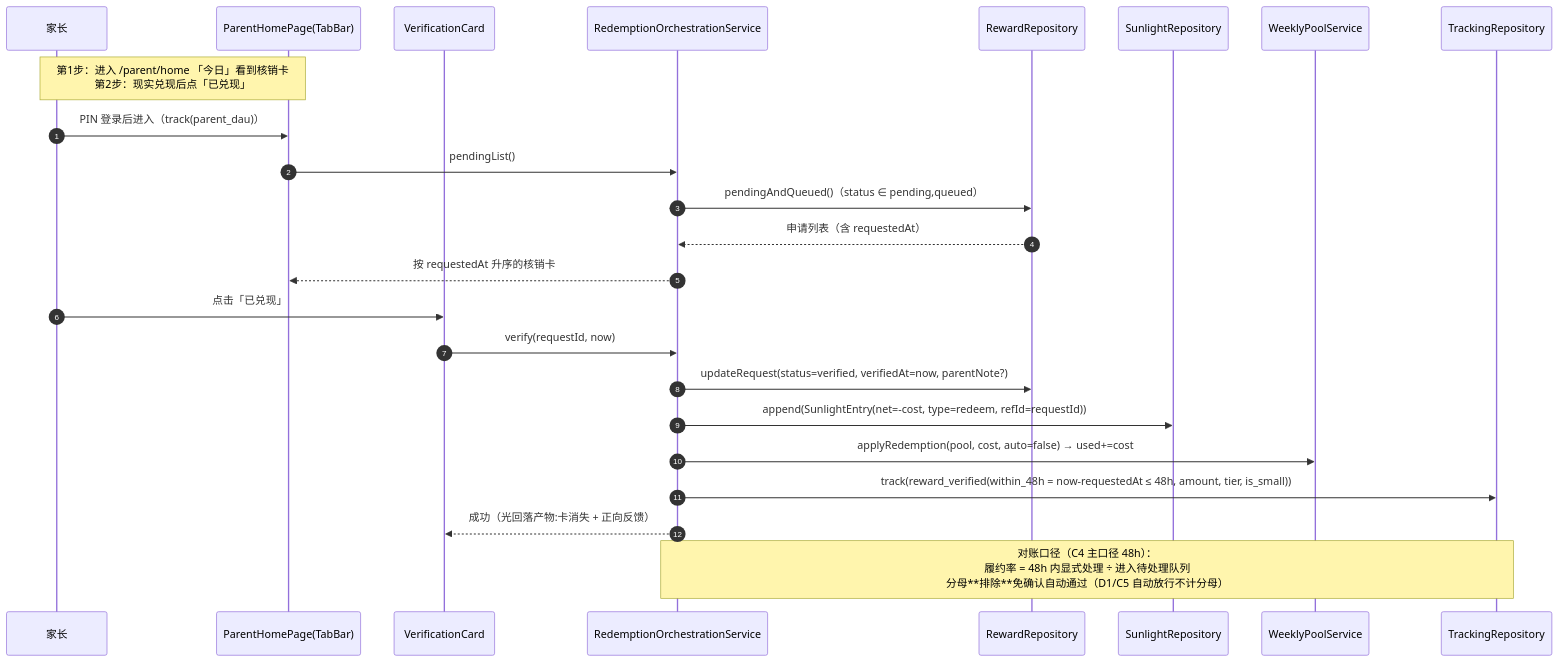
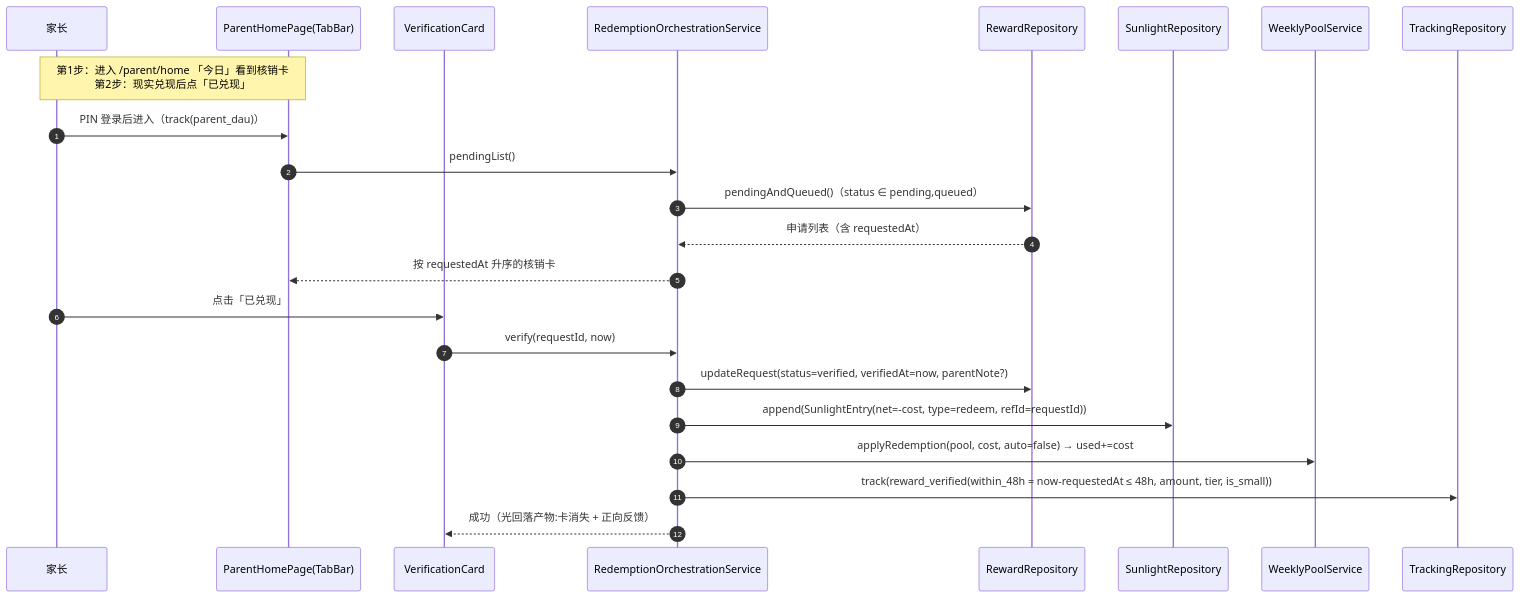
One commit to tasanshu666/sunflowerTime changed the fourth of 7 diagrams in docs/软件设计文档_M2.md. Above: the diagram before and after it, drawn with Mermaid. The commit also changed other lines of this file and 19 other files, not shown here.

````diff
--- a/docs/软件设计文档_M2.md
+++ b/docs/软件设计文档_M2.md
@@ -577,27 +577,26 @@
 ```mermaid
 sequenceDiagram
     autonumber
     participant P as 家长
     participant PH as ParentHomePage(TabBar)
     participant VC as VerificationCard
     participant RO as RedemptionOrchestrationService
     participant RR as RewardRepository
     participant LD as SunlightRepository
     participant MP as WeeklyPoolService
     participant TR as TrackingRepository
 
     Note over P,PH: 第1步：进入 /parent/home 「今日」看到核销卡<br/>第2步：现实兑现后点「已兑现」
     P->>PH: PIN 登录后进入（track(parent_dau)）
     PH->>RO: pendingList()
     RO->>RR: pendingAndQueued()（status ∈ pending,queued）
     RR-->>RO: 申请列表（含 requestedAt）
     RO-->>PH: 按 requestedAt 升序的核销卡
     P->>VC: 点击「已兑现」
     VC->>RO: verify(requestId, now)
     RO->>RR: updateRequest(status=verified, verifiedAt=now, parentNote?)
     RO->>LD: append(SunlightEntry(net=-cost, type=redeem, refId=requestId))
     RO->>MP: applyRedemption(pool, cost, auto=false) → used+=cost
     RO->>TR: track(reward_verified(within_48h = now-requestedAt ≤ 48h, amount, tier, is_small))
     RO-->>VC: 成功（光回落产物:卡消失 + 正向反馈）
-    Note over RO,TR: 对账口径（C4 主口径 48h）：<br/>履约率 = 48h 内显式处理 ÷ 进入待处理队列<br/>分母**排除**免确认自动通过（D1/C5 自动放行不计分母）
 ```
````
